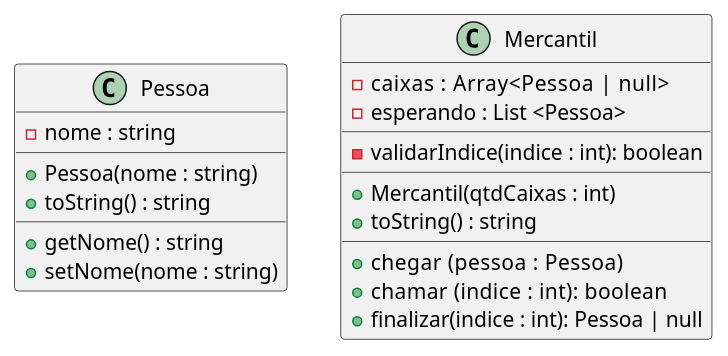
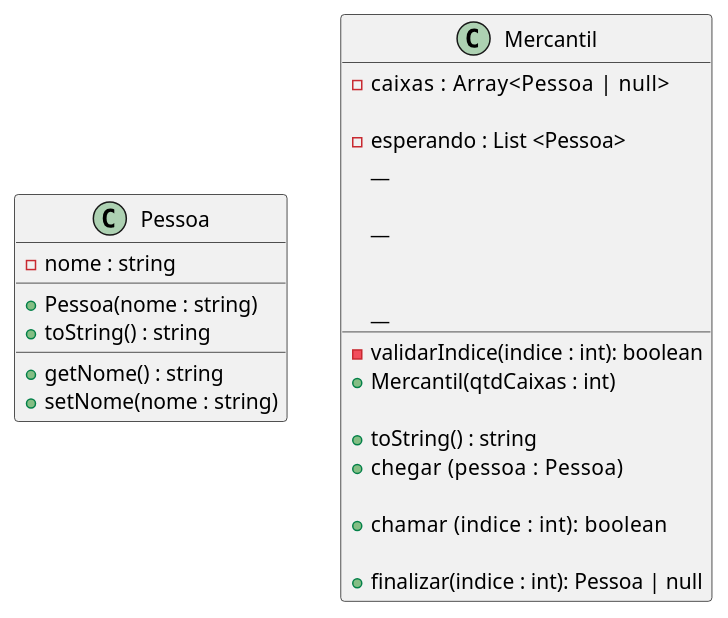
The diagram in base/037/.cache/Readme.md (qxcodepoo/arcade), drawn with PlantUML before and after one commit. The commit also changed 27 other files, not shown here.

````diff
--- a/base/037/.cache/Readme.md
+++ b/base/037/.cache/Readme.md
@@ -38,51 +38,51 @@
 ```plantuml
 class Pessoa {
   - nome : string
   __
   + Pessoa(nome : string)
   + toString() : string
   __
   + getNome() : string
   + setNome(nome : string)
 }
 
 class Mercantil {
-  '
+  
   ' se estiver em java , utilize ArrayList<Pessoa>
   ' se estiver em c++  , utilize vector<shared_ptr<Pessoa>>
   ' se estiver em ts   , utilize Array<Pessoa|null>
   - caixas    : Array<Pessoa | null>
-  '
+  
   ' se estiver em java, utilize LinkedList<Pessoa>
   ' se estiver em c++ , utilize list<shared_ptr<Pessoa>>
   ' se estiver em ts  , utilize Array<Pessoa>
   - esperando : List <Pessoa>
   __
-  '
+  
   ' verifica se existe essa posição no caixa
   ' emite erro se não existir
   - validarIndice(indice : int): boolean
   __
-  '
+  
   ' inicializa os caixas com qtdCaixas posições iguais a null
   ' inicializa esperando como uma lista vazia
   + Mercantil(qtdCaixas : int)
-  '
+  
   + toString() : string
   __
-  '
+  
   ' adicione um cliente na fila de espera
   + chegar   (pessoa : Pessoa)
-  '
-  ' verifica se indive é valido
+  
+  ' verifica se indice é valido
   ' verifica se caixa[indice] está vazio
   ' verifica se tem alguém na fila de espera
   ' move o primeiro da fila de espera para o caixa[indice]
   + chamar   (indice : int): boolean
-  '
-  ' verifica se indive é valido
+  
+  ' verifica se indice é valido
   ' verifica se caixa[indice] tem alguém
   ' coloca o caixa[indice] como vazio
   + finalizar(indice : int): Pessoa | null
 }
 ```
````
